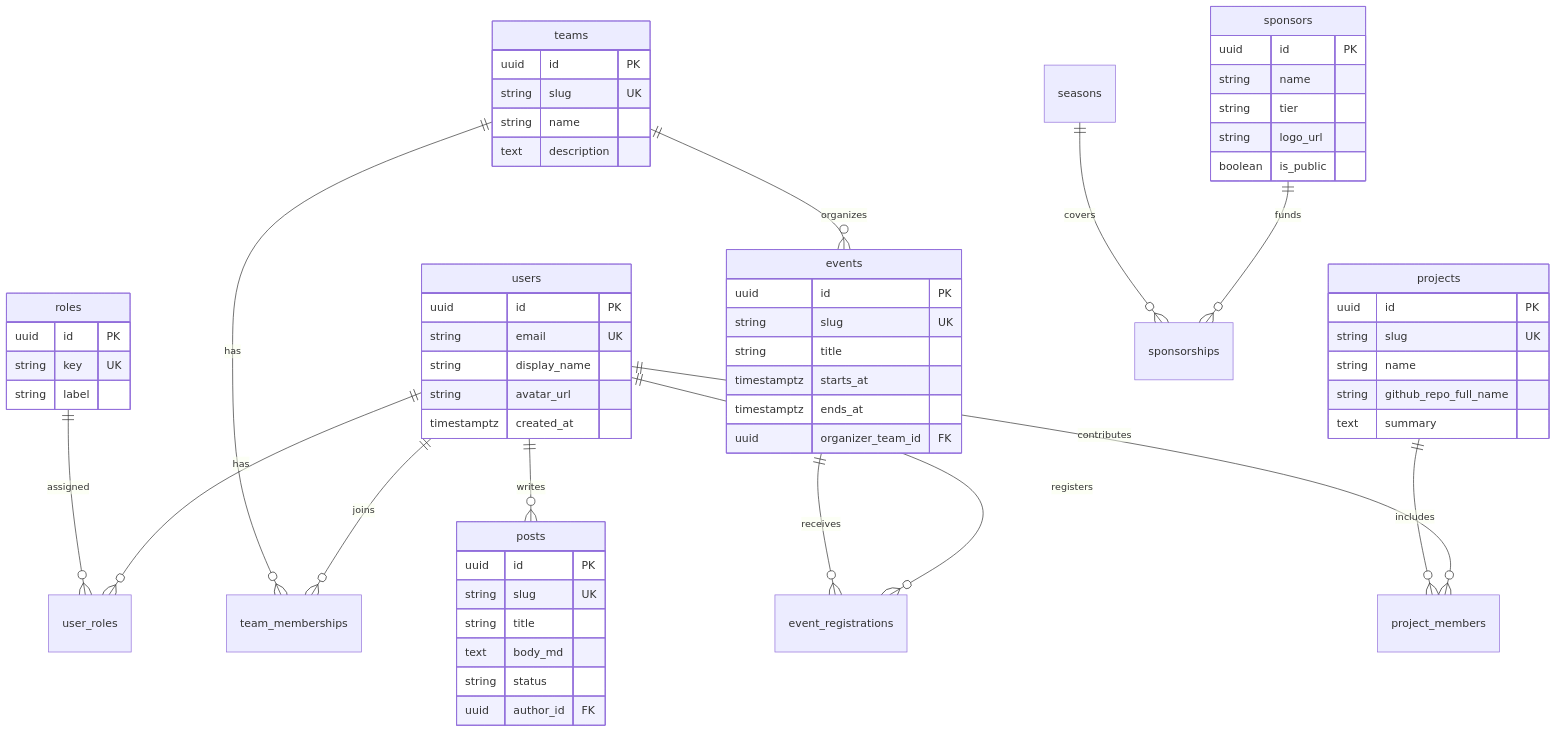
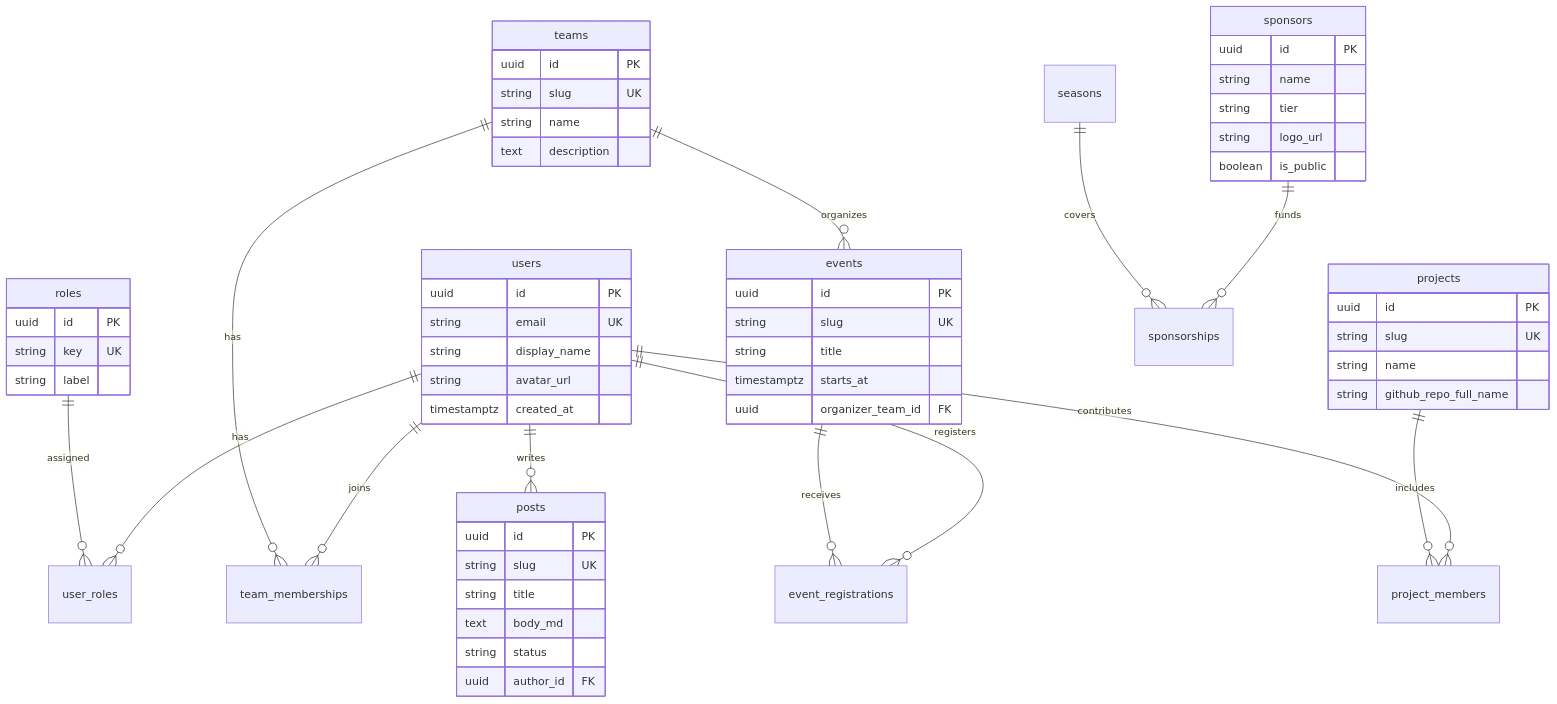
One commit to ArelSoftwareClub/website changed the diagram in docs/KULUP_PLATFORM_MIMARI.md. Above: the diagram before and after it, drawn with Mermaid. The commit also changed other lines of this file and 20 other files, not shown here.

````diff
--- a/docs/KULUP_PLATFORM_MIMARI.md
+++ b/docs/KULUP_PLATFORM_MIMARI.md
@@ -235,63 +183,61 @@
 ```mermaid
 erDiagram
   users ||--o{ user_roles : has
   roles ||--o{ user_roles : assigned
   users ||--o{ team_memberships : joins
   teams ||--o{ team_memberships : has
   users ||--o{ event_registrations : registers
   events ||--o{ event_registrations : receives
   teams ||--o{ events : organizes
   users ||--o{ project_members : contributes
   projects ||--o{ project_members : includes
   users ||--o{ posts : writes
   sponsors ||--o{ sponsorships : funds
   seasons ||--o{ sponsorships : covers
   users {
     uuid id PK
     string email UK
     string display_name
     string avatar_url
     timestamptz created_at
   }
   roles {
     uuid id PK
     string key UK
     string label
   }
   teams {
     uuid id PK
     string slug UK
     string name
     text description
   }
   events {
     uuid id PK
     string slug UK
     string title
     timestamptz starts_at
-    timestamptz ends_at
     uuid organizer_team_id FK
   }
   projects {
     uuid id PK
     string slug UK
     string name
     string github_repo_full_name
-    text summary
   }
   posts {
     uuid id PK
     string slug UK
     string title
     text body_md
     string status
     uuid author_id FK
   }
   sponsors {
     uuid id PK
     string name
     string tier
     string logo_url
     boolean is_public
   }
 ```
````
